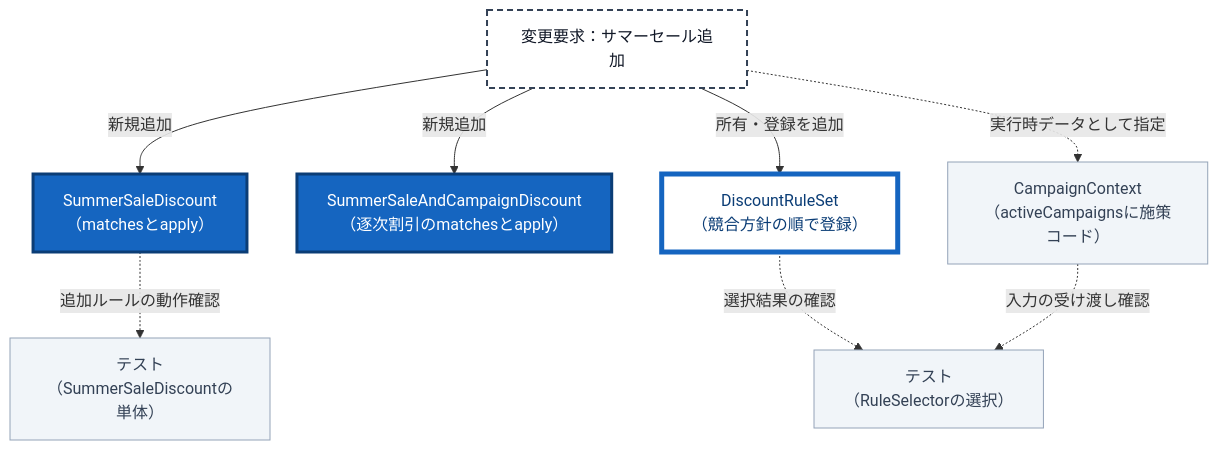
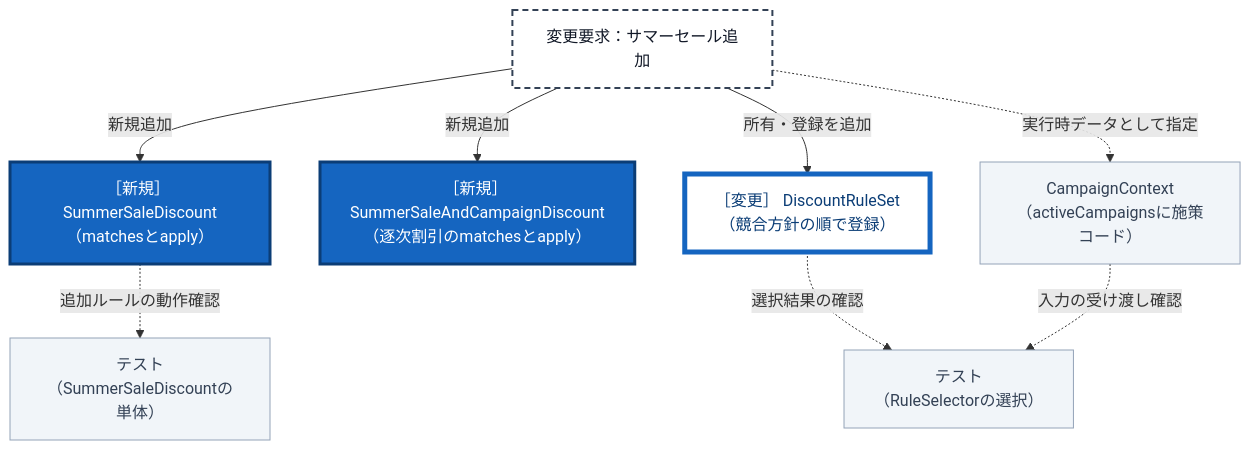
One commit to kumachan1101-pixel/DesignPattern changed diagram 14 of 16 in kindle/design-patterns/books/volume01-core-patterns/output/03-chapter01.md. Above: the diagram before and after it, drawn with Mermaid. The commit also changed other lines of this file and 40 other files, not shown here.

````diff
--- a/kindle/design-patterns/books/volume01-core-patterns/output/03-chapter01.md
+++ b/kindle/design-patterns/books/volume01-core-patterns/output/03-chapter01.md
@@ -2864,16 +2945,16 @@
 ```mermaid
 graph TD
     T1["変更要求：サマーセール追加"]:::req
-        -->|新規追加| N1["SummerSaleDiscount<br>（matchesとapply）"]:::added
-    T1 -->|新規追加| N4["SummerSaleAndCampaignDiscount<br>（逐次割引のmatchesとapply）"]:::added
-    T1 -->|所有・登録を追加| N2["DiscountRuleSet<br>（競合方針の順で登録）"]:::touched
+        -->|新規追加| N1["［新規］ SummerSaleDiscount<br>（matchesとapply）"]:::added
+    T1 -->|新規追加| N4["［新規］ SummerSaleAndCampaignDiscount<br>（逐次割引のmatchesとapply）"]:::added
+    T1 -->|所有・登録を追加| N2["［変更］ DiscountRuleSet<br>（競合方針の順で登録）"]:::touched
     T1 -.->|実行時データとして指定| N3["CampaignContext<br>（activeCampaignsに施策コード）"]:::keep
     N1 -.->|追加ルールの動作確認| T2["テスト<br>（SummerSaleDiscountの単体）"]:::keep
     N2 -.->|選択結果の確認| T3["テスト<br>（RuleSelectorの選択）"]:::keep
     N3 -.->|入力の受け渡し確認| T3
 
     classDef req fill:#ffffff,stroke:#334155,stroke-width:2px,stroke-dasharray:6 4,color:#111827;
     classDef keep fill:#f1f5f9,stroke:#94a3b8,color:#334155;
     classDef added fill:#1565c0,stroke:#0b3d76,stroke-width:3px,color:#ffffff;
     classDef touched fill:#ffffff,stroke:#1565c0,stroke-width:5px,color:#0b3d76;
 ```
````
